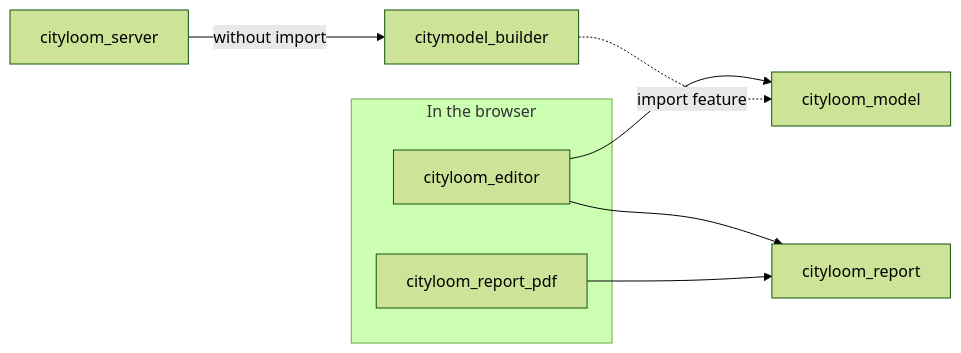
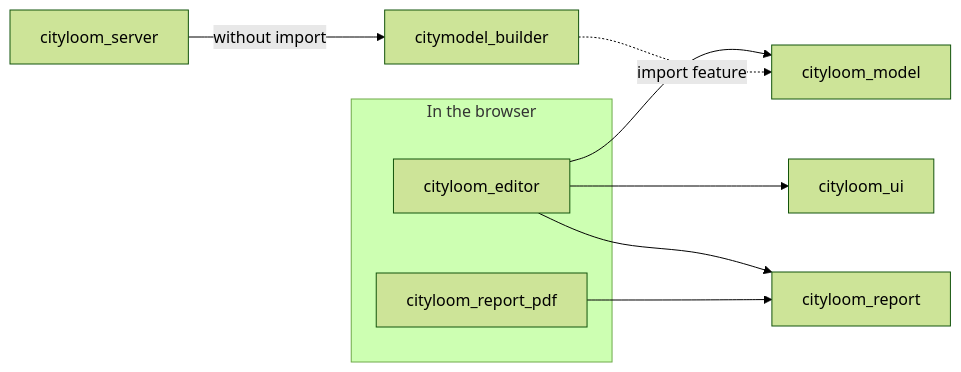
The diagram in website/docs/architecture/index.md (alandovskis/cityloom), drawn with Mermaid (forest theme) before and after one commit. The commit also changed 11 other files, not shown here.

````diff
--- a/website/docs/architecture/index.md
+++ b/website/docs/architecture/index.md
@@ -194,16 +194,18 @@
 ```mermaid
 flowchart LR
   subgraph browser [In the browser]
     editor[cityloom_editor]
     pdf[cityloom_report_pdf]
   end
+  ui[cityloom_ui]
   report[cityloom_report]
   model[cityloom_model]
   builder[citymodel_builder]
   server[cityloom_server]
+  editor --> ui
   editor --> model
   editor --> report
   pdf --> report
   builder -. import feature .-> model
   server -- without import --> builder
 ```
````
